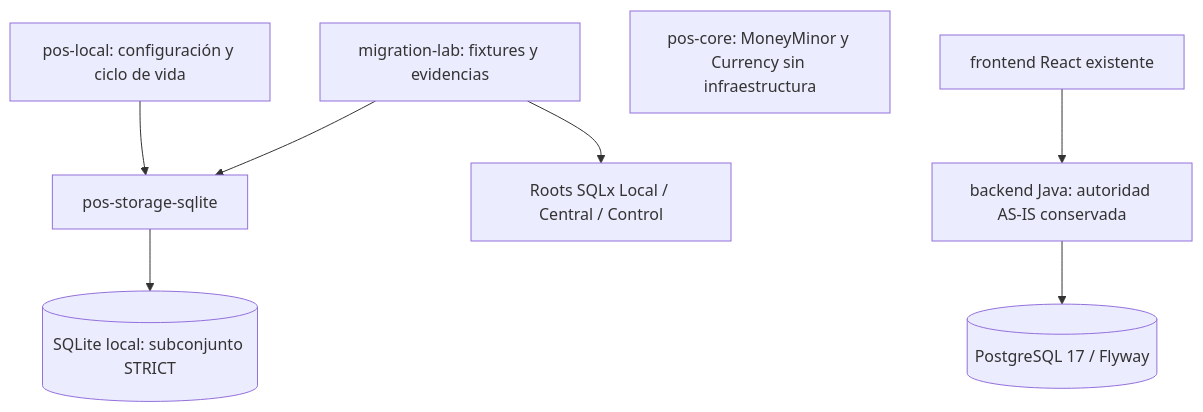
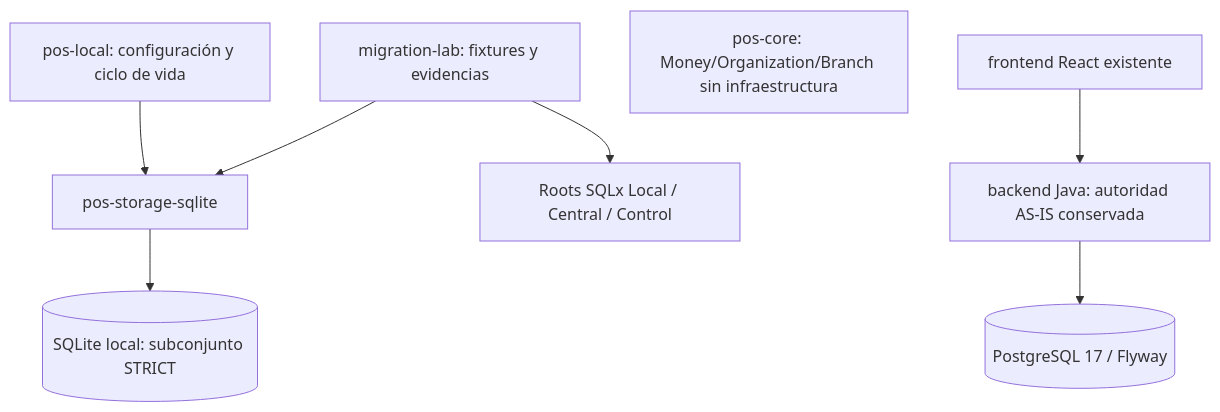
One commit to HiQNet-Dev/point-of-sale changed the diagram in backend-rust/README.md. Above: the diagram before and after it, drawn with Mermaid. The commit also changed other lines of this file and 1 other file, not shown here.

````diff
--- a/backend-rust/README.md
+++ b/backend-rust/README.md
@@ -25,10 +25,10 @@
 ```mermaid
 flowchart TD
     App[pos-local: configuración y ciclo de vida] --> Storage[pos-storage-sqlite]
     Storage --> DB[(SQLite local: subconjunto STRICT)]
     Lab[migration-lab: fixtures y evidencias] --> Storage
     Lab --> Roots[Roots SQLx Local / Central / Control]
-    Core[pos-core: MoneyMinor y Currency sin infraestructura]
+    Core[pos-core: Money/Organization/Branch sin infraestructura]
     Java[backend Java: autoridad AS-IS conservada] --> PG[(PostgreSQL 17 / Flyway)]
     React[frontend React existente] --> Java
 ```
````
